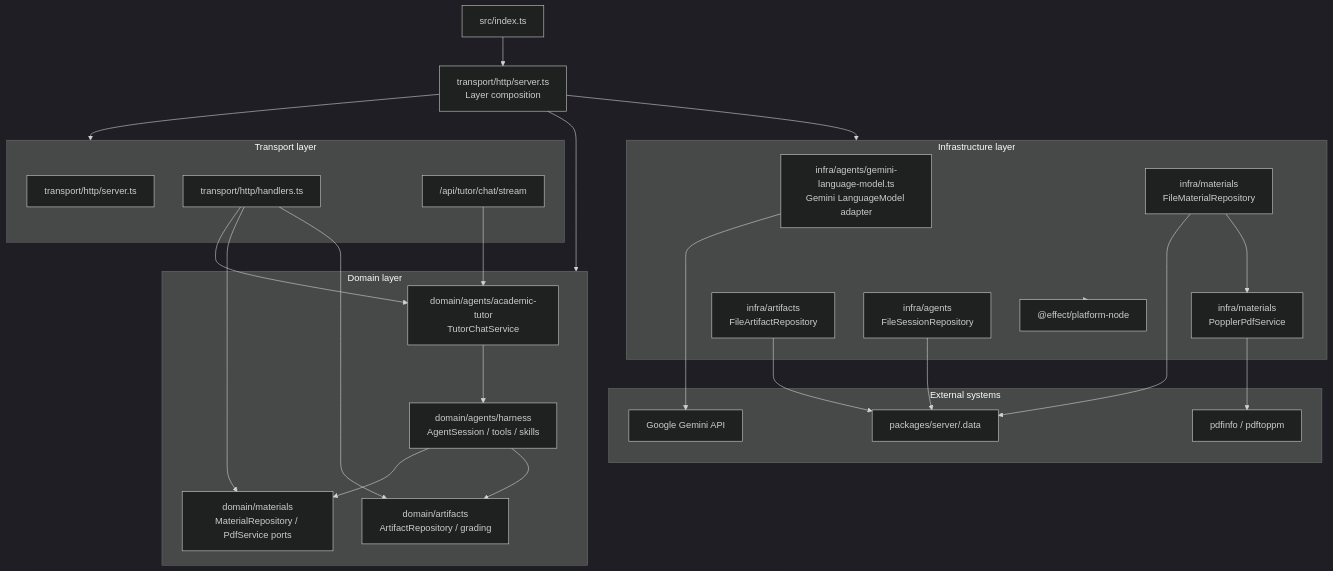
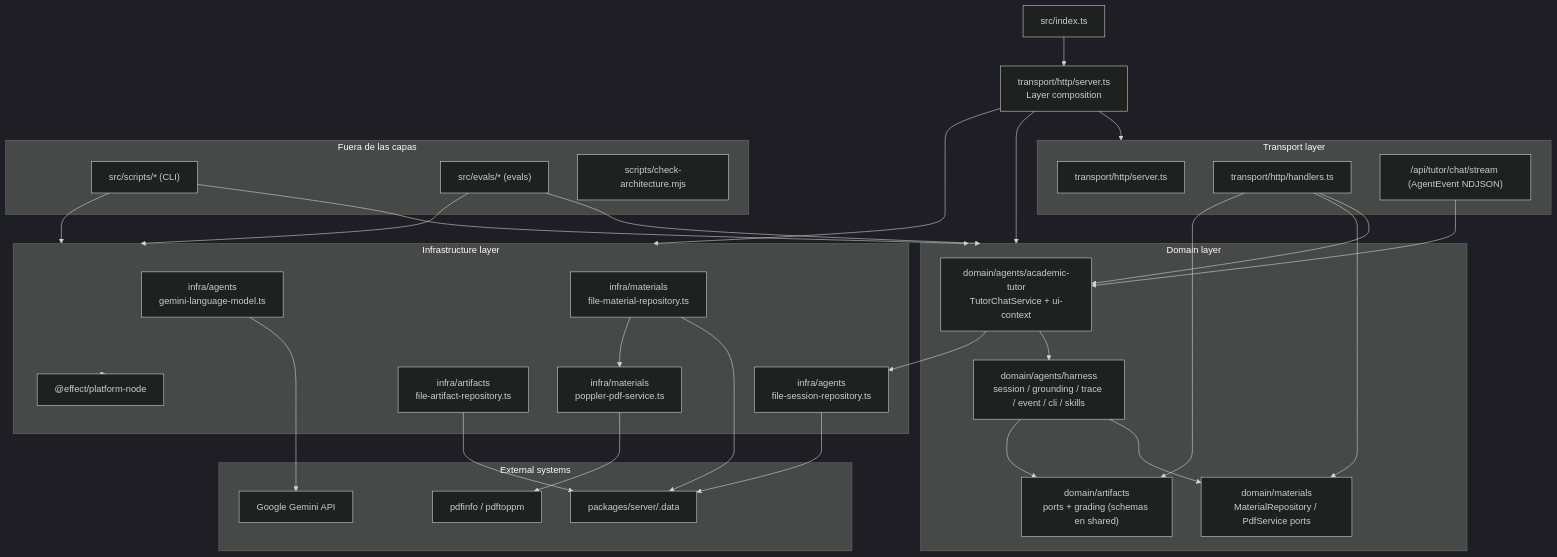
One commit to liberto6/proxus-challenge changed the third of 4 diagrams in docs/architecture.md. Above: the diagram before and after it, drawn with Mermaid (dark theme). The commit also changed other lines of this file and 18 other files, not shown here.

````diff
--- a/docs/architecture.md
+++ b/docs/architecture.md
@@ -116,52 +117,63 @@
 ```mermaid
 flowchart TB
   Entry["src/index.ts"] --> Composition["transport/http/server.ts\nLayer composition"]
 
   subgraph Transport["Transport layer"]
     HttpServer["transport/http/server.ts"]
     Handlers["transport/http/handlers.ts"]
-    StreamRoute["/api/tutor/chat/stream"]
+    StreamRoute["/api/tutor/chat/stream (AgentEvent NDJSON)"]
   end
 
   subgraph Domain["Domain layer"]
-    TutorService["domain/agents/academic-tutor\nTutorChatService"]
-    Harness["domain/agents/harness\nAgentSession / tools / skills"]
+    TutorService["domain/agents/academic-tutor\nTutorChatService + ui-context"]
+    Harness["domain/agents/harness\nsession / grounding / trace / event / cli / skills"]
     MaterialsDomain["domain/materials\nMaterialRepository / PdfService ports"]
-    ArtifactsDomain["domain/artifacts\nArtifactRepository / grading"]
+    ArtifactsDomain["domain/artifacts\nports + grading (schemas en shared)"]
   end
 
   subgraph Infra["Infrastructure layer"]
-    Gemini["infra/agents/gemini-language-model.ts\nGemini LanguageModel adapter"]
-    FileMaterials["infra/materials\nFileMaterialRepository"]
-    Poppler["infra/materials\nPopplerPdfService"]
-    FileArtifacts["infra/artifacts\nFileArtifactRepository"]
-    FileSessions["infra/agents\nFileSessionRepository"]
+    Gemini["infra/agents\ngemini-language-model.ts"]
+    FileSessions["infra/agents\nfile-session-repository.ts"]
+    FileMaterials["infra/materials\nfile-material-repository.ts"]
+    Poppler["infra/materials\npoppler-pdf-service.ts"]
+    FileArtifacts["infra/artifacts\nfile-artifact-repository.ts"]
     NodePlatform["@effect/platform-node"]
+  end
+
+  subgraph Outside["Fuera de las capas"]
+    Scripts["src/scripts/* (CLI)"]
+    Evals["src/evals/* (evals)"]
+    Check["scripts/check-architecture.mjs"]
   end
 
   subgraph External["External systems"]
     Google["Google Gemini API"]
     PopplerCli["pdfinfo / pdftoppm"]
     Data["packages/server/.data"]
   end
 
   Composition --> Transport
   Composition --> Domain
   Composition --> Infra
 
   Handlers --> TutorService
   Handlers --> MaterialsDomain
   Handlers --> ArtifactsDomain
   StreamRoute --> TutorService
   TutorService --> Harness
+  TutorService --> FileSessions
   Harness --> MaterialsDomain
   Harness --> ArtifactsDomain
 
   Gemini --> Google
   FileMaterials --> Data
   FileMaterials --> Poppler
   Poppler --> PopplerCli
   FileArtifacts --> Data
   FileSessions --> Data
   Infra --> NodePlatform
+  Scripts --> Domain
+  Scripts --> Infra
+  Evals --> Domain
+  Evals --> Infra
 ```
````
